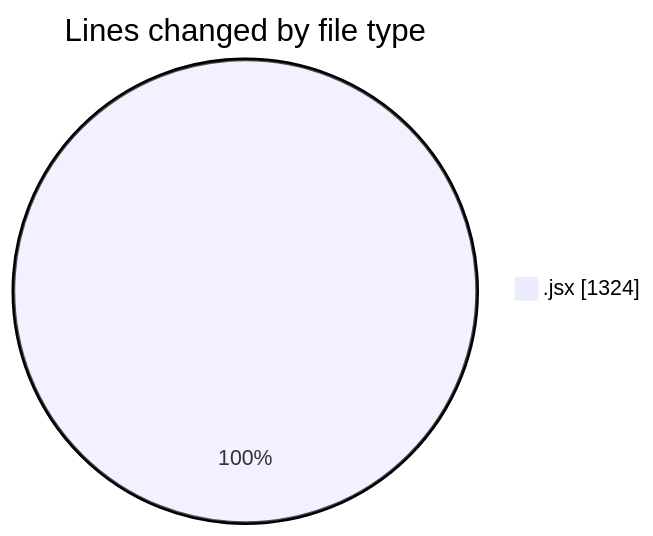
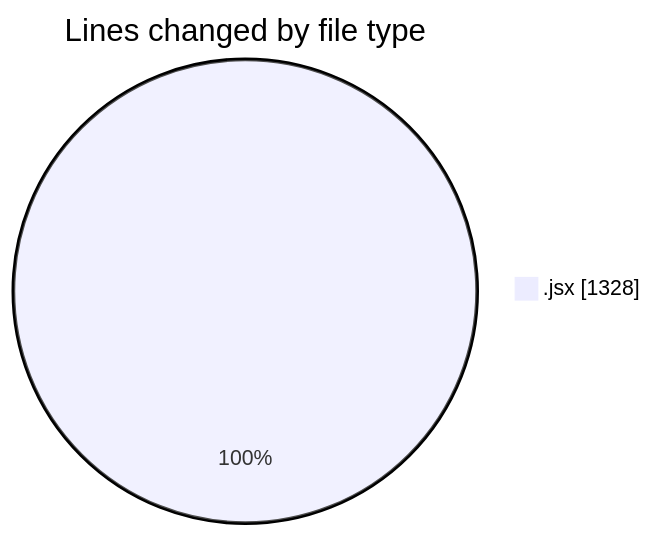
Before and after one commit to nxtqubesakshisongat/code-tracking: the first of 2 diagrams in 2025-11-17/argos/README.md, drawn with Mermaid. The commit also changed other lines of this file and 1 other file, not shown here.

````diff
--- a/2025-11-17/argos/README.md
+++ b/2025-11-17/argos/README.md
@@ -20,5 +20,5 @@
 ```mermaid
 pie showData
 title Lines changed by file type
-".jsx" : 1324
+".jsx" : 1328
 ```
````
